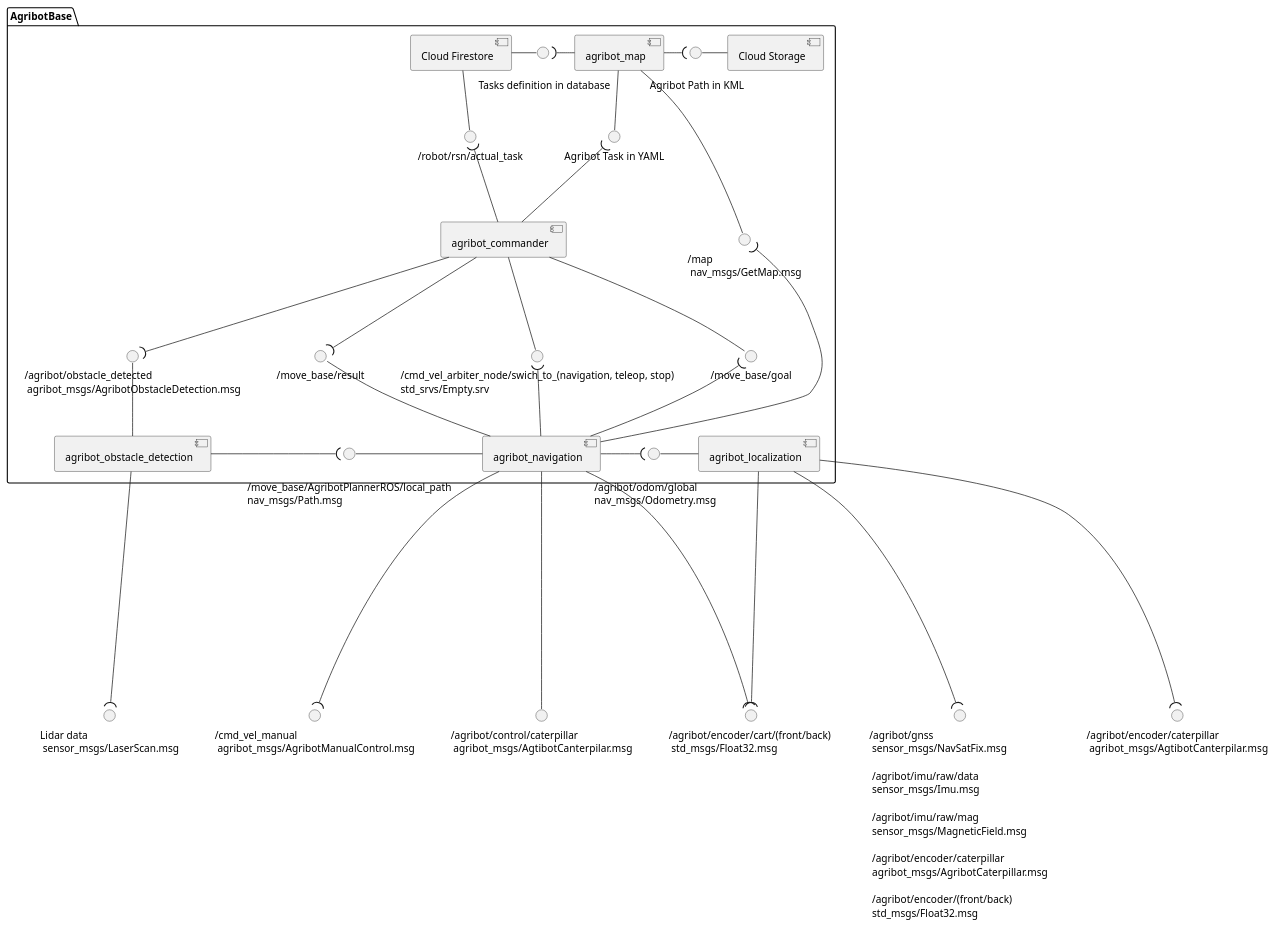
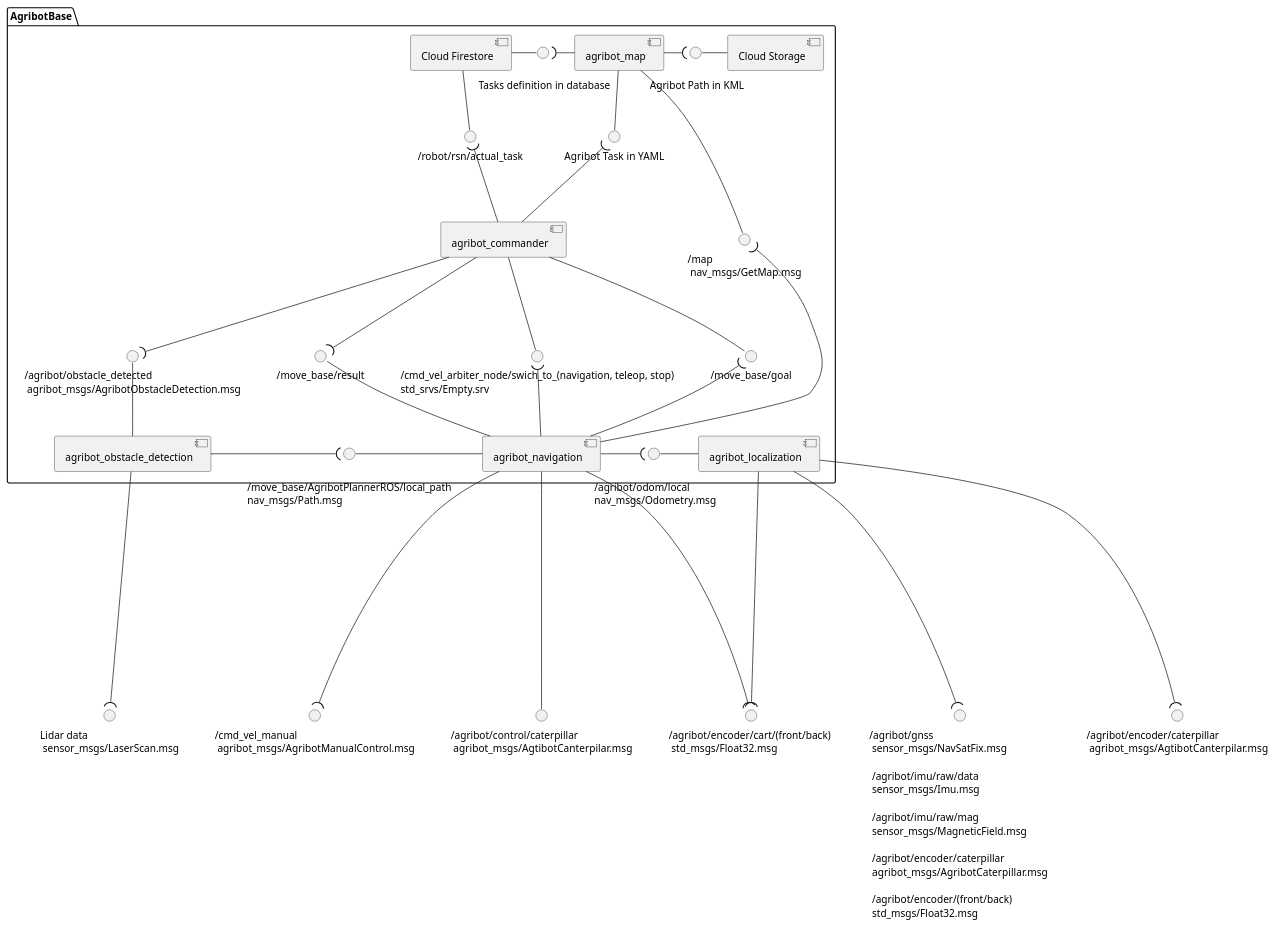
One commit to agribot-2-0/agribot_base changed the diagram in doc/component_diagram.puml. Above: the diagram before and after it, drawn with PlantUML. The commit also changed 1 other file, not shown here.

Commit message:
Change odom global to local

```diff
--- a/doc/component_diagram.puml
+++ b/doc/component_diagram.puml
@@ -1,109 +1,109 @@
 @startuml
 
 ' Input Interfaces
 ' rectangle {
 () "Lidar data \n sensor_msgs/LaserScan.msg" as ObstacleDetectionSensors
 
 () "/agribot/gnss \n sensor_msgs/NavSatFix.msg \n\n \
 /agribot/imu/raw/data \n sensor_msgs/Imu.msg \n\n \
 /agribot/imu/raw/mag \n sensor_msgs/MagneticField.msg \n\n \
 /agribot/encoder/caterpillar \n agribot_msgs/AgribotCaterpillar.msg \n\n \
 /agribot/encoder/(front/back) \n std_msgs/Float32.msg" as LocalizationSensors
 
 () "/cmd_vel_manual \n \
 agribot_msgs/AgribotManualControl.msg" as ManualControl
 () "/agribot/encoder/cart/(front/back) \n \
 std_msgs/Float32.msg" as EncoderCart
 () "/agribot/encoder/caterpillar \n \
 agribot_msgs/AgtibotCanterpilar.msg" as EncoderCaterpillar
 ' }
 
 ' Output Interfaces
 () "/agribot/control/caterpillar \n \
 agribot_msgs/AgtibotCanterpilar.msg" as ControlCaterpillar
 
 package AgribotBase {
     ' Internal Interfaces
     () "/robot/rsn/actual_task" as CloudActualTask
 
     () "Agribot Task in YAML" as Task
     () "/map \n nav_msgs/GetMap.msg" as Map
     () "/move_base/goal" as MoveBaseGoal
     () "/move_base/result" as MoveBaseResult
     () "/cmd_vel_arbiter_node/swich_to_(navigation, teleop, stop)\nstd_srvs/Empty.srv" as CmdVelArbiter
     () "/agribot/obstacle_detected \n agribot_msgs/AgribotObstacleDetection.msg" as ObstacleDetection
     
 
     ' package "Navigation input data" {
         () "\n Tasks definition in database" as CloudTask
         () "\n Agribot Path in KML" as CloudPath
 
         [Cloud Firestore]
         [Cloud Storage]
         [agribot_map] 
         ' [agribot_monitoring]
     
         [Cloud Firestore] - CloudTask
         CloudTask )- [agribot_map]
 
         [agribot_map] -( CloudPath
         CloudPath - [Cloud Storage]
     ' }
 
     ' package {
         [agribot_commander]
     ' }
 
     ' rectangle {
-        () "\n /agribot/odom/global \n nav_msgs/Odometry.msg" as Odometry
+        () "\n /agribot/odom/local \n nav_msgs/Odometry.msg" as Odometry
         () "\n /move_base/AgribotPlannerROS/local_path \n nav_msgs/Path.msg" as LocalPath
         
         [agribot_navigation]
         [agribot_localization]
         [agribot_obstacle_detection]
         ' [agribot_tool_management]
         
         [agribot_obstacle_detection] -( LocalPath
         LocalPath - [agribot_navigation]
 
         [agribot_navigation] -( Odometry
         Odometry - [agribot_localization]
 
     ' }
 
     ' Connections
     [Cloud Firestore] -- CloudActualTask
     [agribot_map] -- Task
 
     Task )-- [agribot_commander]
     CloudActualTask )-- [agribot_commander]
 
     [agribot_commander] -- MoveBaseGoal
     [agribot_commander] -- CmdVelArbiter
     [agribot_commander] --( MoveBaseResult
     [agribot_commander] --( ObstacleDetection
     [agribot_map] -- Map
 
 
     ObstacleDetection -- [agribot_obstacle_detection]
 
     MoveBaseGoal )-- [agribot_navigation]
     MoveBaseResult -- [agribot_navigation]
     CmdVelArbiter )-- [agribot_navigation]
     Map )-- [agribot_navigation]
 
 }
 
 [agribot_obstacle_detection] --( ObstacleDetectionSensors
 
 [agribot_navigation] --( ManualControl
 [agribot_navigation] --( EncoderCart
 
 [agribot_localization] --( EncoderCart
 [agribot_localization] --( EncoderCaterpillar
 [agribot_localization] --( LocalizationSensors
 
 
 [agribot_navigation] -- ControlCaterpillar
 
 @enduml
```
